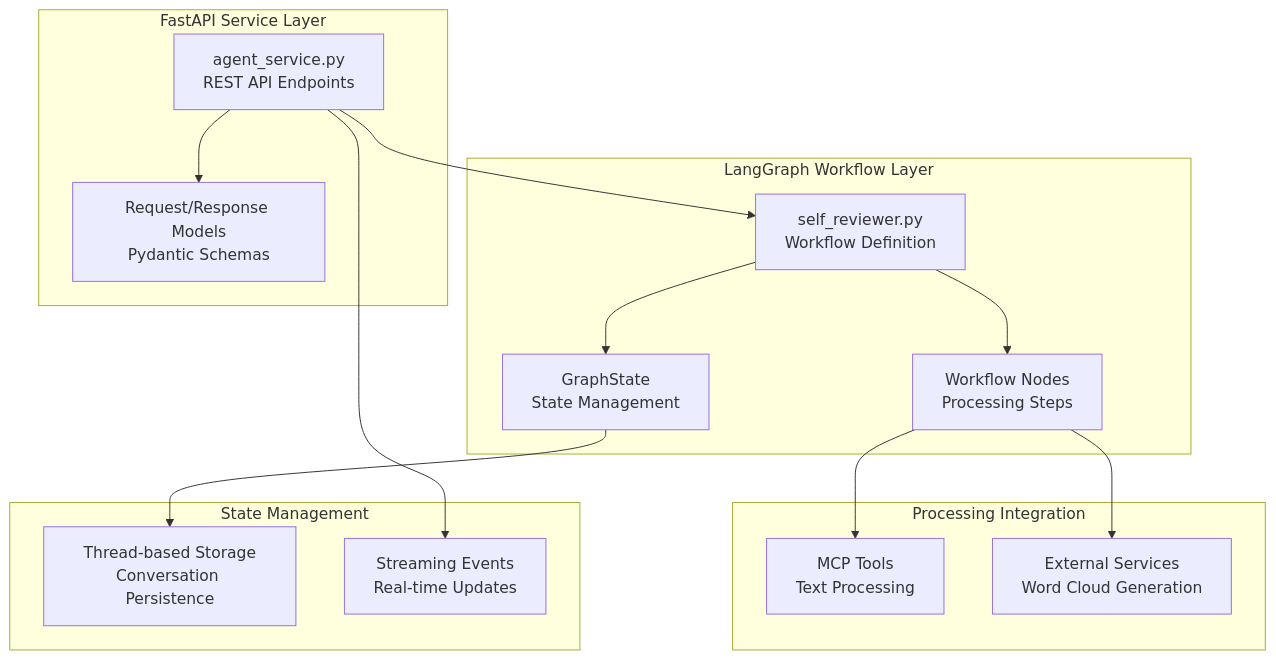
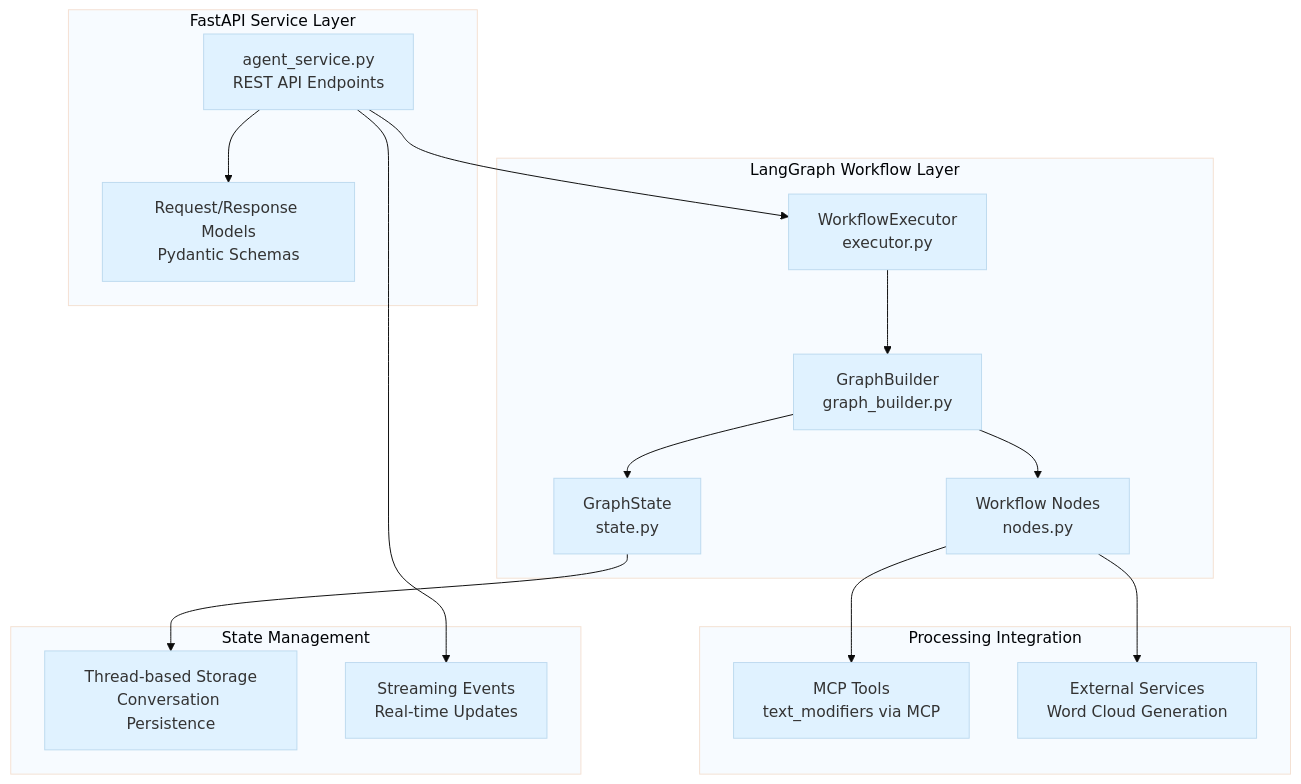
One commit to supportvectors/metamorphosis changed the first of 3 diagrams in docs/metamorphosis/agents/index.md. Above: the diagram before and after it, drawn with Mermaid. The commit also changed other lines of this file and 97 other files, not shown here.

````diff
--- a/docs/metamorphosis/agents/index.md
+++ b/docs/metamorphosis/agents/index.md
@@ -7,32 +7,35 @@
 ```mermaid
+%%{init: {'theme': 'base', 'themeVariables': { 'primaryColor': '#e0f2ff', 'edgeLabelBackground':'#ffffffaa', 'clusterBkg':'#f7fbff', 'fontFamily':'Inter'}}}%%
 graph TB
     subgraph "FastAPI Service Layer"
         A[agent_service.py<br/>REST API Endpoints]
         B[Request/Response Models<br/>Pydantic Schemas]
     end
-    
+
     subgraph "LangGraph Workflow Layer"
-        C[self_reviewer.py<br/>Workflow Definition]
-        D[GraphState<br/>State Management]
-        E[Workflow Nodes<br/>Processing Steps]
+        C[WorkflowExecutor<br/>executor.py]
+        D[GraphState<br/>state.py]
+        E[Workflow Nodes<br/>nodes.py]
+        GB[GraphBuilder<br/>graph_builder.py]
     end
-    
+
     subgraph "Processing Integration"
-        F[MCP Tools<br/>Text Processing]
+        F[MCP Tools<br/>text_modifiers via MCP]
         G[External Services<br/>Word Cloud Generation]
     end
-    
+
     subgraph "State Management"
         H[Thread-based Storage<br/>Conversation Persistence]
         I[Streaming Events<br/>Real-time Updates]
     end
-    
+
     A --> C
     A --> B
-    C --> D
-    C --> E
+    C --> GB
+    GB --> D
+    GB --> E
     E --> F
     E --> G
     D --> H
     A --> I
 ```
````
